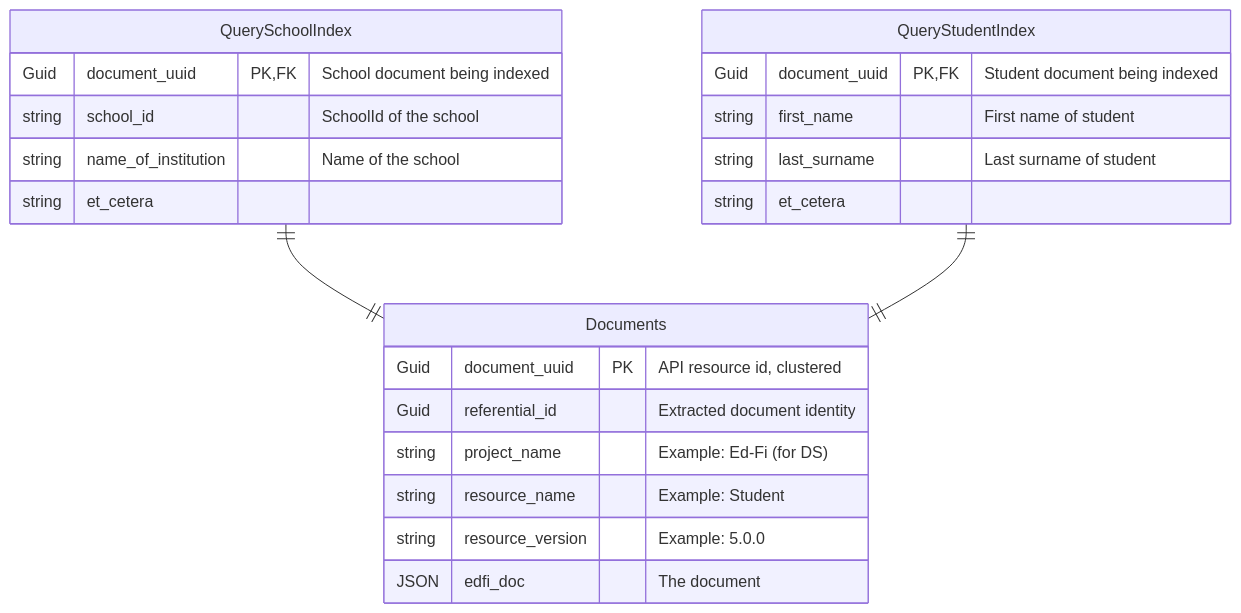
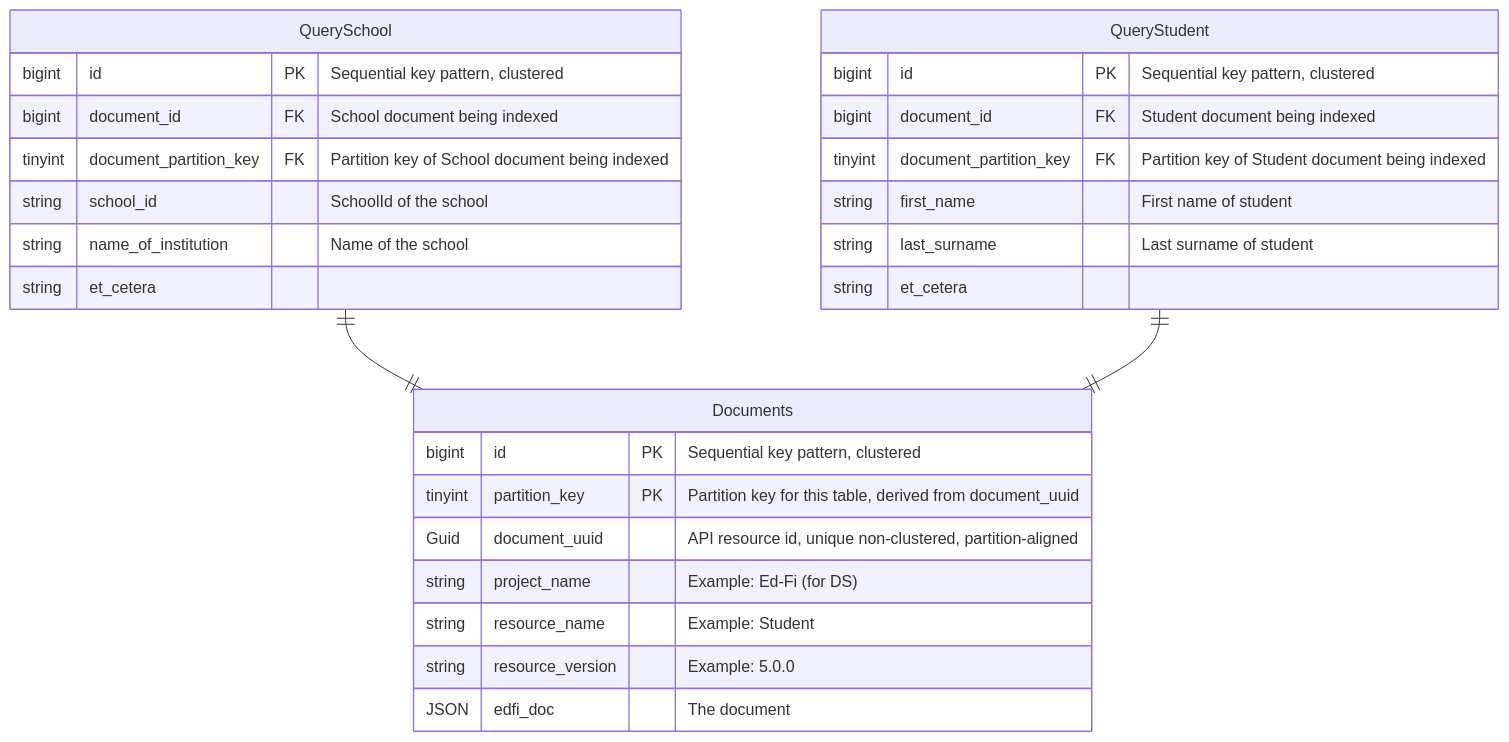
The second of 3 diagrams in docs/DMS/PRIMARY-DATA-STORAGE.md (Ed-Fi-Alliance-OSS/Project-Tanager), drawn with Mermaid before and after one commit. The commit also changed other lines of this file and 1 other file, not shown here.

Commit message:
[DMS-18] Consolidate data storage document and update query design, index needs and access patterns

````diff
--- a/docs/DMS/PRIMARY-DATA-STORAGE.md
+++ b/docs/DMS/PRIMARY-DATA-STORAGE.md
@@ -236,26 +359,31 @@
 ```mermaid
 erDiagram
 
     Documents {
-        Guid document_uuid PK "API resource id, clustered"
-        Guid referential_id "Extracted document identity"
+        bigint id PK "Sequential key pattern, clustered"
+        tinyint partition_key PK "Partition key for this table, derived from document_uuid"
+        Guid document_uuid "API resource id, unique non-clustered, partition-aligned"
         string project_name "Example: Ed-Fi (for DS)"
         string resource_name "Example: Student"
         string resource_version "Example: 5.0.0"
         JSON edfi_doc "The document"
     }
-    QuerySchoolIndex ||--|| Documents : ""
-    QuerySchoolIndex {
-        Guid document_uuid PK,FK "School document being indexed"
+    QuerySchool ||--|| Documents : ""
+    QuerySchool {
+        bigint id PK "Sequential key pattern, clustered"
+        bigint document_id FK "School document being indexed"
+        tinyint document_partition_key FK "Partition key of School document being indexed"
         string school_id "SchoolId of the school"
         string name_of_institution "Name of the school"
         string et_cetera
     }
-    QueryStudentIndex ||--|| Documents : ""
-    QueryStudentIndex {
-        Guid document_uuid PK,FK "Student document being indexed"
+    QueryStudent ||--|| Documents : ""
+    QueryStudent {
+        bigint id PK "Sequential key pattern, clustered"
+        bigint document_id FK "Student document being indexed"
+        tinyint document_partition_key FK "Partition key of Student document being indexed"
         string first_name "First name of student"
         string last_surname "Last surname of student"
         string et_cetera
     }
 ```
````
